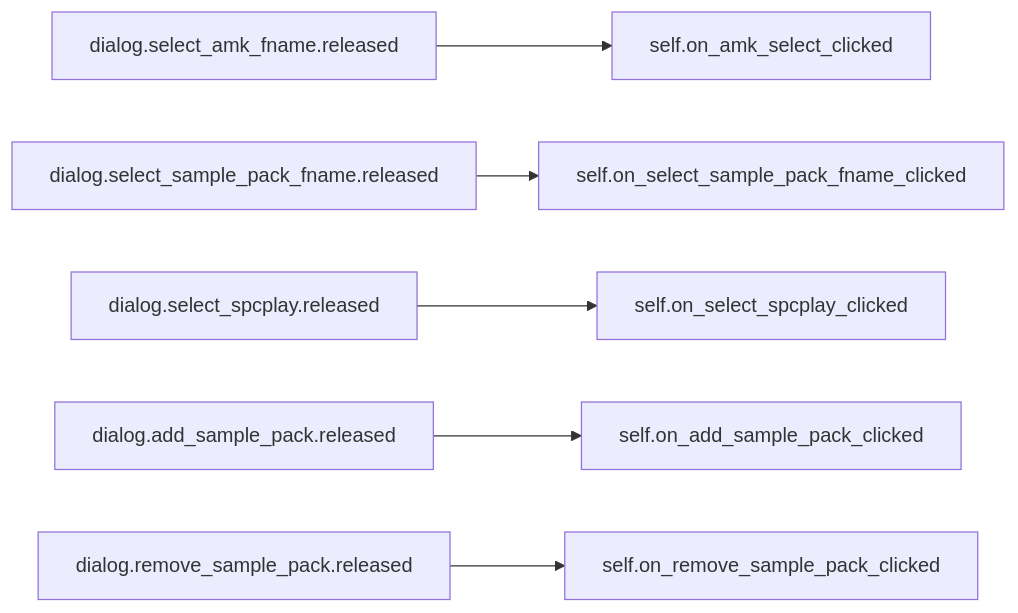
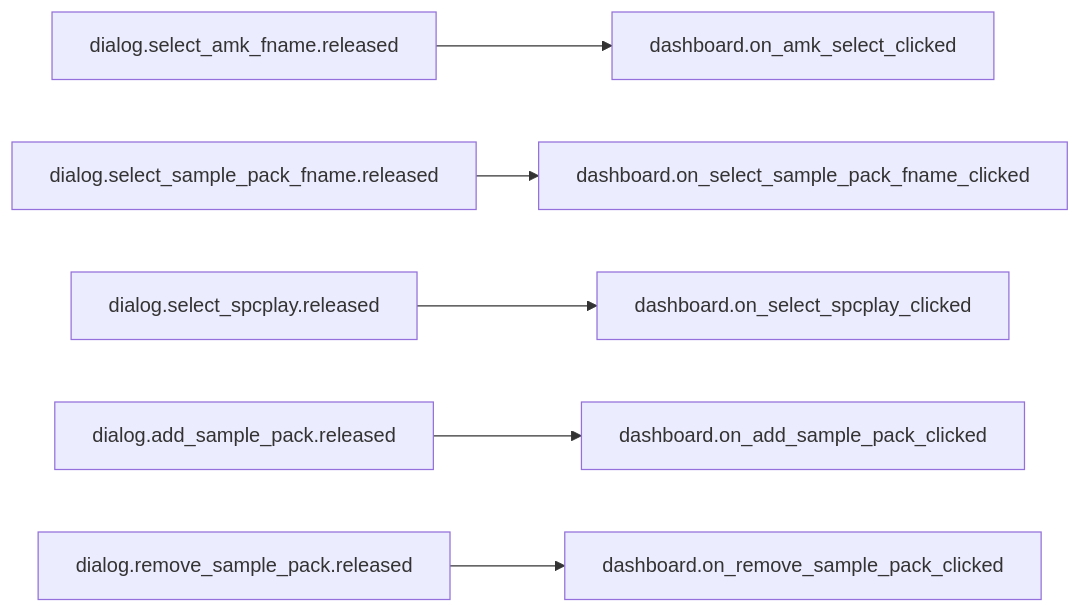
One commit to com-posers-pit/smw_music changed the tenth of 10 diagrams in doc/source/dashboard_signal_slot_map.rst. Above: the diagram before and after it, drawn with Mermaid. The commit also changed other lines of this file and 6 other files, not shown here.

```diff
--- a/doc/source/dashboard_signal_slot_map.rst
+++ b/doc/source/dashboard_signal_slot_map.rst
@@ -237,8 +237,8 @@
 .. mermaid::
 
    flowchart LR
-     dialog.select_amk_fname.released --> self.on_amk_select_clicked
-     dialog.select_sample_pack_fname.released --> self.on_select_sample_pack_fname_clicked
-     dialog.select_spcplay.released --> self.on_select_spcplay_clicked
-     dialog.add_sample_pack.released --> self.on_add_sample_pack_clicked
-     dialog.remove_sample_pack.released --> self.on_remove_sample_pack_clicked
+     dialog.select_amk_fname.released --> dashboard.on_amk_select_clicked
+     dialog.select_sample_pack_fname.released --> dashboard.on_select_sample_pack_fname_clicked
+     dialog.select_spcplay.released --> dashboard.on_select_spcplay_clicked
+     dialog.add_sample_pack.released --> dashboard.on_add_sample_pack_clicked
+     dialog.remove_sample_pack.released --> dashboard.on_remove_sample_pack_clicked
```
